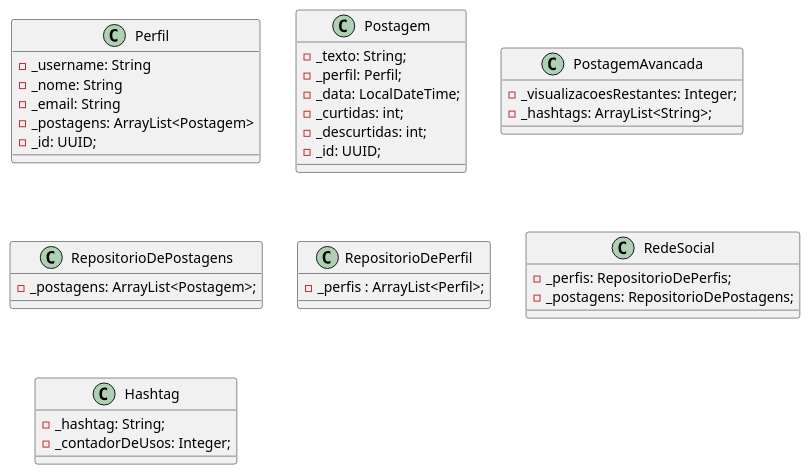
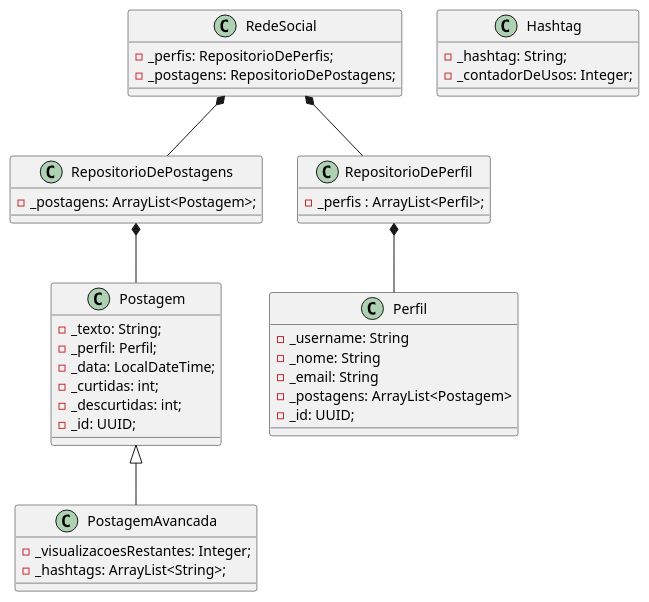
The diagram in modelo.plantuml (msruan/Rubi), drawn with PlantUML before and after one commit. The commit also changed 9 other files, not shown here.

```diff
--- a/modelo.plantuml
+++ b/modelo.plantuml
@@ -1,41 +1,47 @@
 @startuml Rubi
 class Perfil {
     -_username: String
     -_nome: String
     -_email: String
     -_postagens: ArrayList<Postagem>
     -_id: UUID;
 }
 
 class Postagem {
     -_texto: String;
     -_perfil: Perfil;   
     -_data: LocalDateTime;
     -_curtidas: int;
     -_descurtidas: int;
     -_id: UUID;
 }
 
 class PostagemAvancada {
     -_visualizacoesRestantes: Integer;
     -_hashtags: ArrayList<String>;
 }
 
 class RepositorioDePostagens {
     -_postagens: ArrayList<Postagem>;
 }
 
 class RepositorioDePerfil {
     -_perfis : ArrayList<Perfil>;
 }
 
 class RedeSocial {
     -_perfis: RepositorioDePerfis;
     -_postagens: RepositorioDePostagens;
 }
 
 class Hashtag {
     -_hashtag: String;
     -_contadorDeUsos: Integer;
 }
+
+RedeSocial *-- RepositorioDePostagens
+RedeSocial *-- RepositorioDePerfil
+RepositorioDePostagens *-- Postagem
+RepositorioDePerfil *-- Perfil
+Postagem <|-- PostagemAvancada
 @enduml
```
